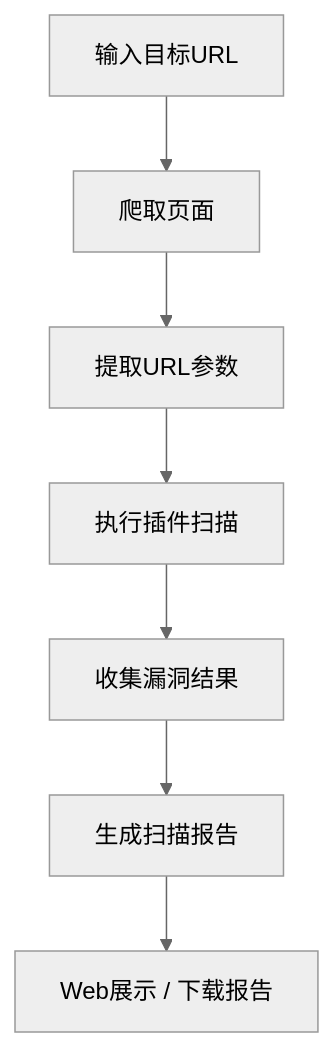
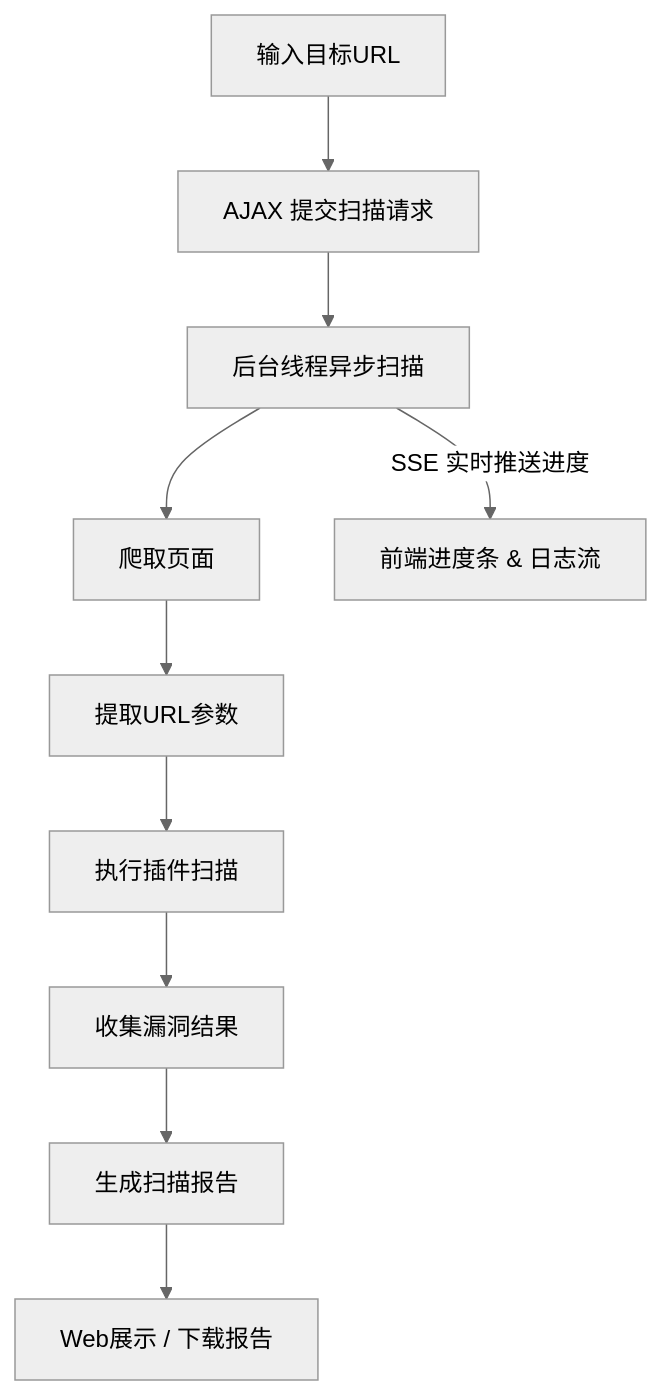
The second of 2 diagrams in README.md (jiaodai1001/mini_web_scanner), drawn with Mermaid (neutral theme) before and after one commit. The commit also changed other lines of this file, not shown here.

First line of the commit message:
docs: 更新 README，新增 SSE 实时扫描功能说明

````diff
--- a/README.md
+++ b/README.md
@@ -110,9 +114,12 @@
 ```mermaid
 flowchart TD
-A[输入目标URL] --> B[爬取页面]
-B --> C[提取URL参数]
-C --> D[执行插件扫描]
-D --> E[收集漏洞结果]
-E --> F[生成扫描报告]
-F --> G[Web展示 / 下载报告]
+A[输入目标URL] --> B[AJAX 提交扫描请求]
+B --> C[后台线程异步扫描]
+C --> D1[爬取页面]
+D1 --> D2[提取URL参数]
+D2 --> D3[执行插件扫描]
+D3 --> D4[收集漏洞结果]
+D4 --> E[生成扫描报告]
+C -->|SSE 实时推送进度| F[前端进度条 & 日志流]
+E --> G[Web展示 / 下载报告]
 ```
````
